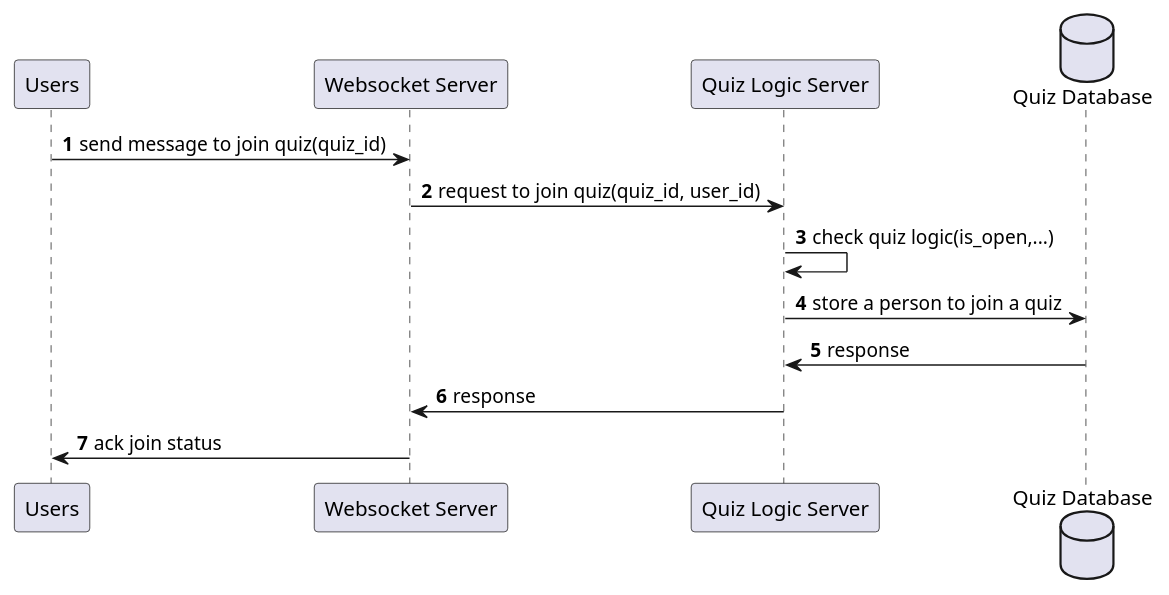
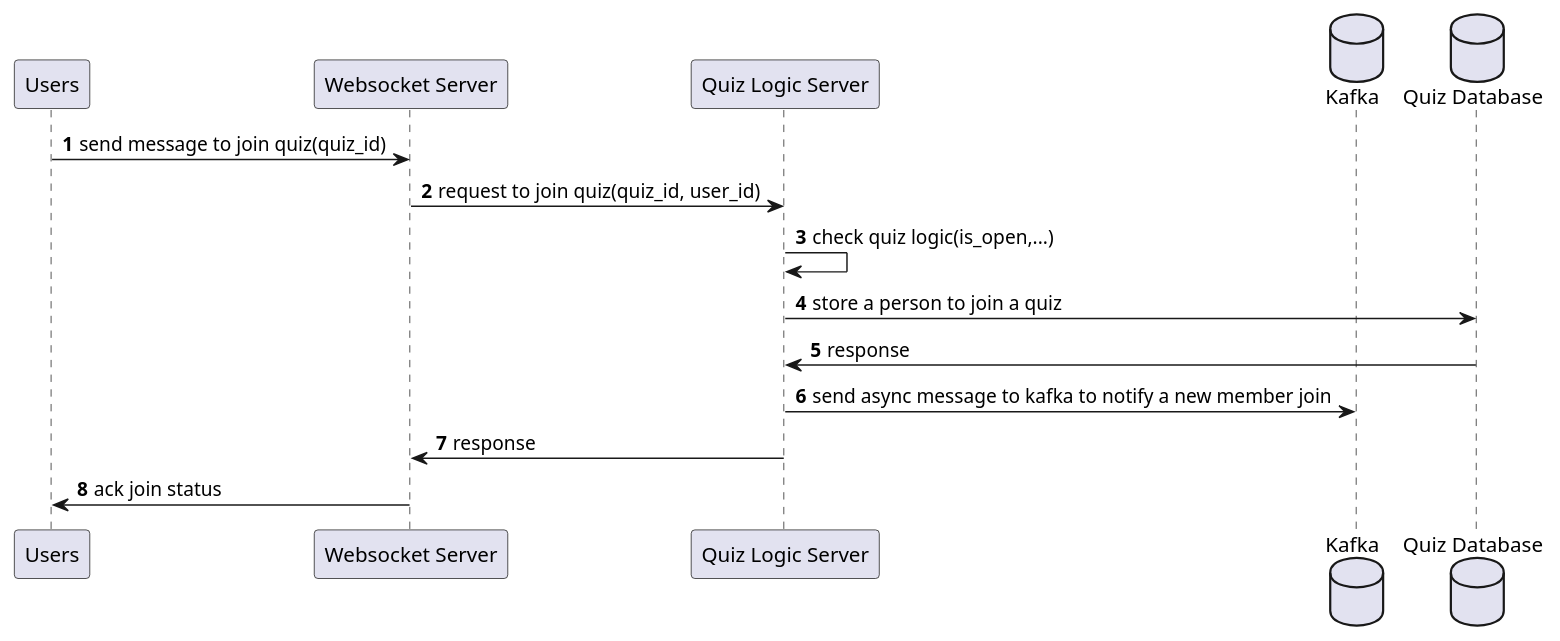
The diagram in document/join_a_quiz.puml (luulethe/quiz), drawn with PlantUML before and after one commit. The commit also changed 1 other file, not shown here.

Commit message:
Update sequence data for update leaderboard

```diff
--- a/document/join_a_quiz.puml
+++ b/document/join_a_quiz.puml
@@ -1,22 +1,24 @@
 @startuml
 autonumber
 
 participant "Users" as users
 participant "Websocket Server" as ws
 participant "Quiz Logic Server" as qs
+database "Kafka" as kafka
 database "Quiz Database" as db
 
 
 users -> ws: send message to join quiz(quiz_id)
 ws -> qs: request to join quiz(quiz_id, user_id)
 qs -> qs: check quiz logic(is_open,...)
 qs -> db: store a person to join a quiz
 db -> qs: response
+qs -> kafka: send async message to kafka to notify a new member join
 qs -> ws: response
 ws -> users: ack join status
 
 
 
 
 
 @enduml
```
